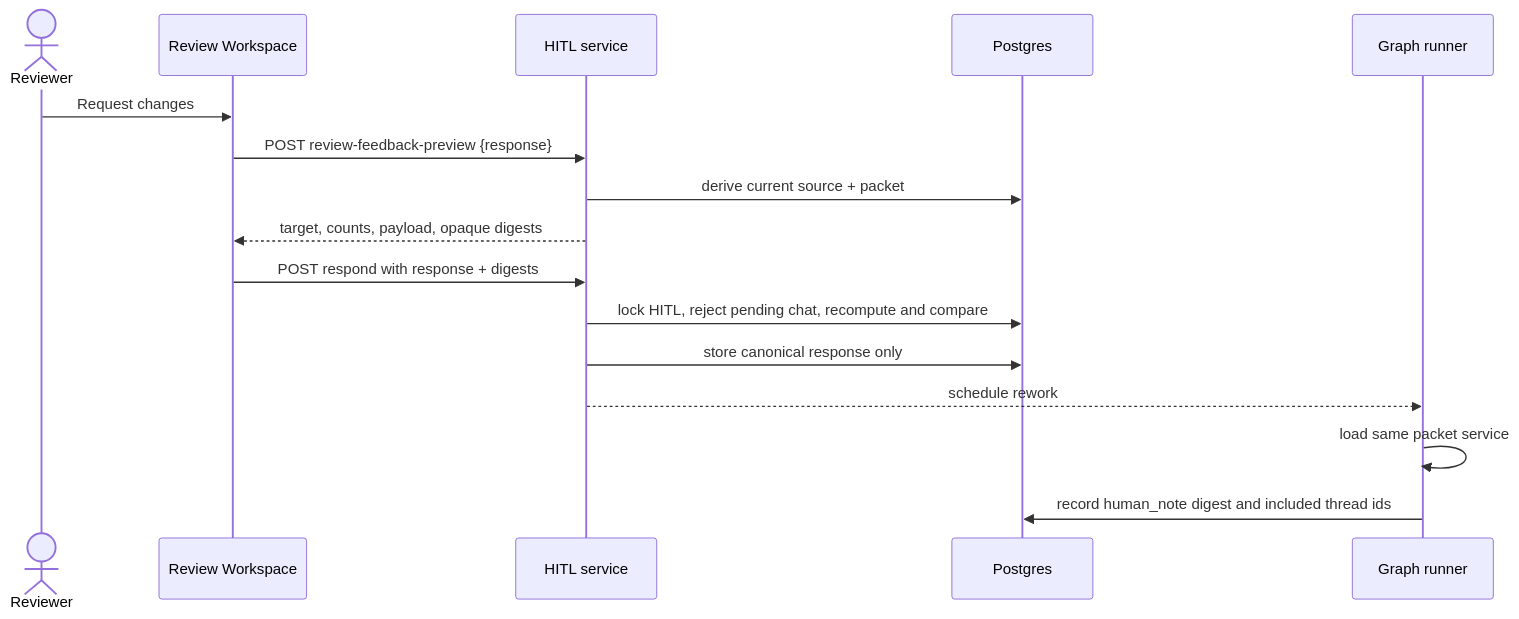
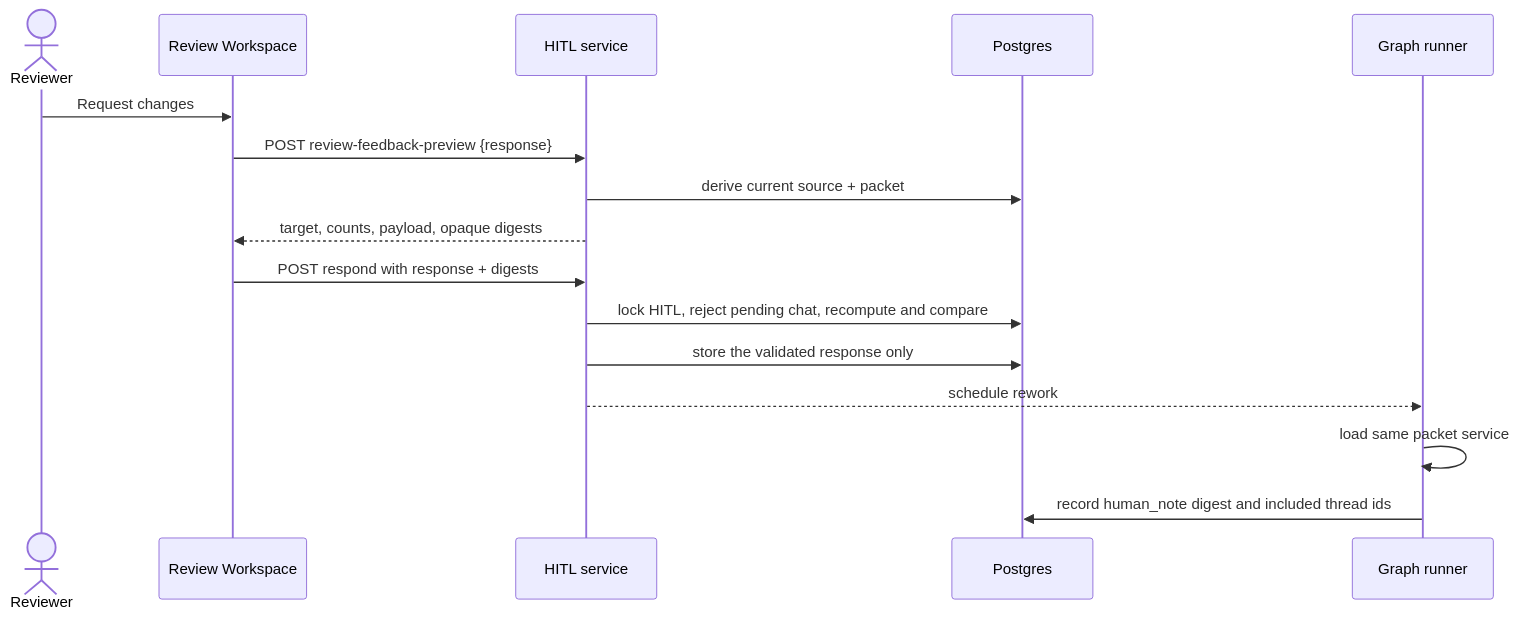
Before and after one commit to maister-dev/maister: diagram 17 of 17 in docs/system-analytics/hitl.md, drawn with Mermaid. The commit also changed other lines of this file and 17 other files, not shown here.

````diff
--- a/docs/system-analytics/hitl.md
+++ b/docs/system-analytics/hitl.md
@@ -1132,18 +1133,18 @@
 ```mermaid
 sequenceDiagram
     actor Reviewer
     participant W as Review Workspace
     participant H as HITL service
     participant DB as Postgres
     participant R as Graph runner
     Reviewer->>W: Request changes
     W->>H: POST review-feedback-preview {response}
     H->>DB: derive current source + packet
     H-->>W: target, counts, payload, opaque digests
     W->>H: POST respond with response + digests
     H->>DB: lock HITL, reject pending chat, recompute and compare
-    H->>DB: store canonical response only
+    H->>DB: store the validated response only
     H-->>R: schedule rework
     R->>R: load same packet service
     R->>DB: record human_note digest and included thread ids
 ```
````
